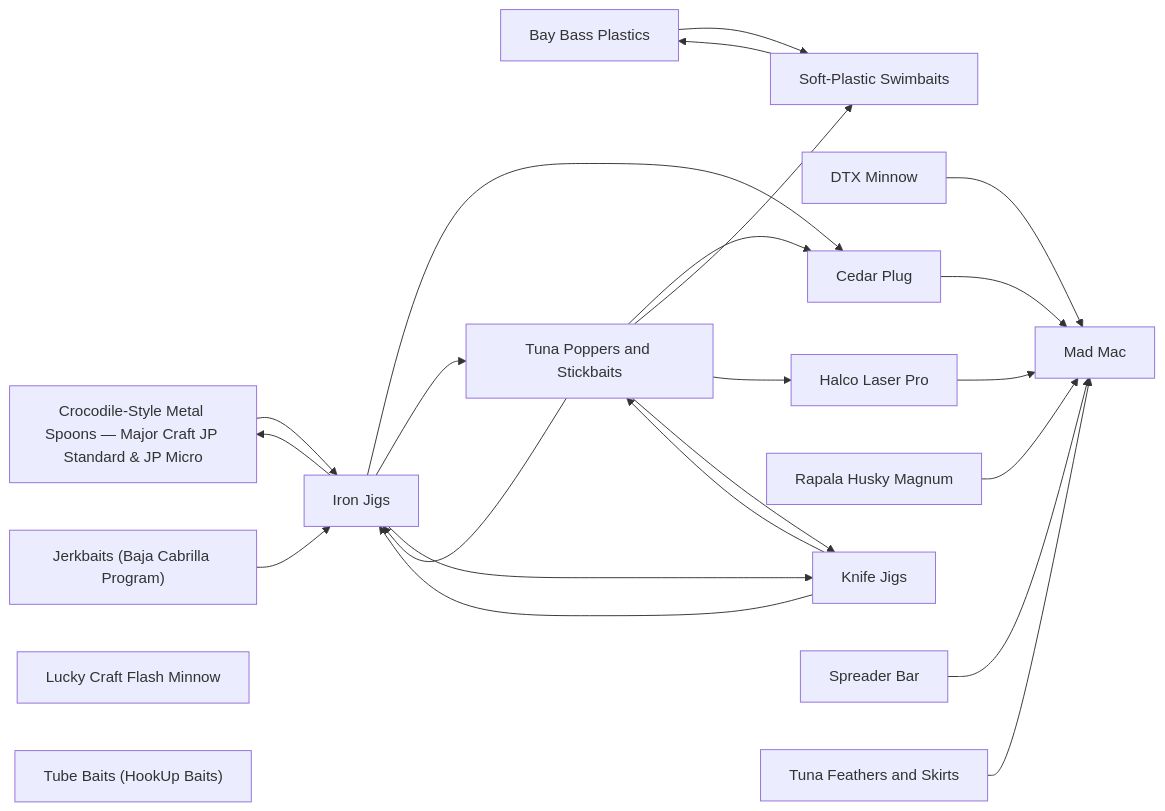
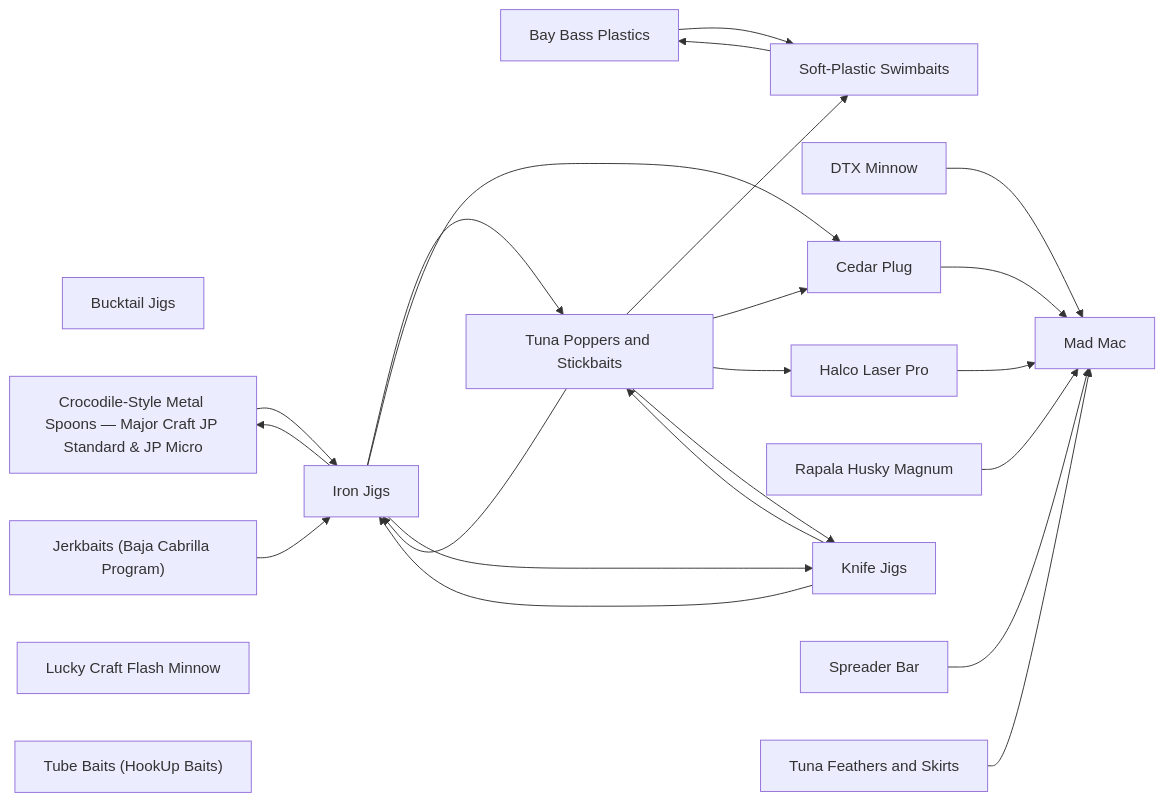
Before and after one commit to camchuckpete-max/Socal-Fishing-Knowledge: the diagram in lures/README.md, drawn with Mermaid. The commit also changed other lines of this file and 12 other files, not shown here.

Commit message:
review: relocate species/snook.md → lures/bucktail-jigs.md

````diff
--- a/lures/README.md
+++ b/lures/README.md
@@ -32,40 +33,41 @@
 ```mermaid
 graph LR
   n0["Bay Bass Plastics"]
-  n1["Cedar Plug"]
-  n2["Crocodile-Style Metal Spoons — Major Craft JP Standard & JP Micro"]
-  n3["DTX Minnow"]
-  n4["Halco Laser Pro"]
-  n5["Iron Jigs"]
-  n6["Jerkbaits (Baja Cabrilla Program)"]
-  n7["Knife Jigs"]
-  n8["Lucky Craft Flash Minnow"]
-  n9["Mad Mac"]
-  n10["Rapala Husky Magnum"]
-  n11["Soft-Plastic Swimbaits"]
-  n12["Spreader Bar"]
-  n13["Tube Baits (HookUp Baits)"]
-  n14["Tuna Feathers and Skirts"]
-  n15["Tuna Poppers and Stickbaits"]
-  n0 --> n11
-  n1 --> n9
-  n10 --> n9
-  n11 --> n0
-  n12 --> n9
-  n14 --> n9
-  n15 --> n1
-  n15 --> n11
-  n15 --> n4
-  n15 --> n5
-  n15 --> n7
-  n2 --> n5
-  n3 --> n9
-  n4 --> n9
-  n5 --> n1
-  n5 --> n15
-  n5 --> n2
-  n5 --> n7
-  n6 --> n5
-  n7 --> n15
-  n7 --> n5
+  n1["Bucktail Jigs"]
+  n2["Cedar Plug"]
+  n3["Crocodile-Style Metal Spoons — Major Craft JP Standard & JP Micro"]
+  n4["DTX Minnow"]
+  n5["Halco Laser Pro"]
+  n6["Iron Jigs"]
+  n7["Jerkbaits (Baja Cabrilla Program)"]
+  n8["Knife Jigs"]
+  n9["Lucky Craft Flash Minnow"]
+  n10["Mad Mac"]
+  n11["Rapala Husky Magnum"]
+  n12["Soft-Plastic Swimbaits"]
+  n13["Spreader Bar"]
+  n14["Tube Baits (HookUp Baits)"]
+  n15["Tuna Feathers and Skirts"]
+  n16["Tuna Poppers and Stickbaits"]
+  n0 --> n12
+  n11 --> n10
+  n12 --> n0
+  n13 --> n10
+  n15 --> n10
+  n16 --> n12
+  n16 --> n2
+  n16 --> n5
+  n16 --> n6
+  n16 --> n8
+  n2 --> n10
+  n3 --> n6
+  n4 --> n10
+  n5 --> n10
+  n6 --> n16
+  n6 --> n2
+  n6 --> n3
+  n6 --> n8
+  n7 --> n6
+  n8 --> n16
+  n8 --> n6
 ```
````
